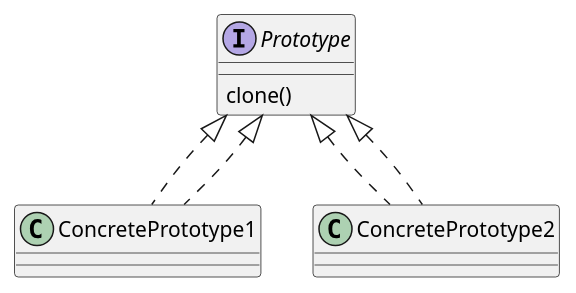
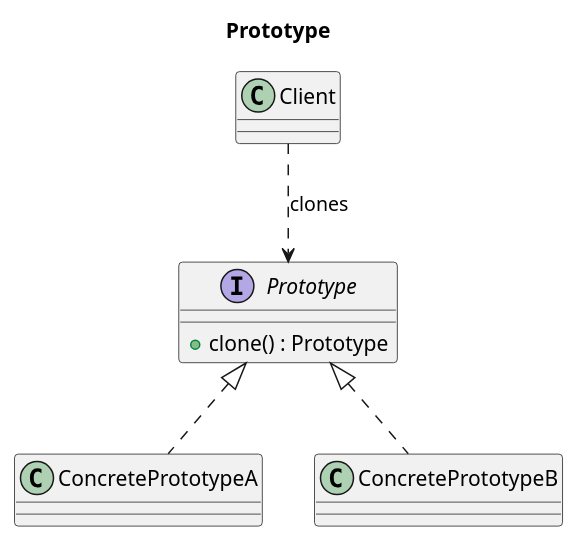
Before and after one commit to AkselErenberk/design-patterns: the diagram in theory/creational/prototype/class.puml, drawn with PlantUML. The commit also changed 27 other files, not shown here.

Commit message:
design pattern class diagrams

```diff
--- a/theory/creational/prototype/class.puml
+++ b/theory/creational/prototype/class.puml
@@ -1,11 +1,16 @@
 @startuml
+title Prototype
+
 interface Prototype {
-    clone()
+  +clone() : Prototype
 }
 
-class ConcretePrototype1 implements Prototype
-class ConcretePrototype2 implements Prototype
+class ConcretePrototypeA
+class ConcretePrototypeB
 
-Prototype <|.. ConcretePrototype1
-Prototype <|.. ConcretePrototype2
+Prototype <|.. ConcretePrototypeA
+Prototype <|.. ConcretePrototypeB
+
+class Client
+Client ..> Prototype : clones
 @enduml
```
